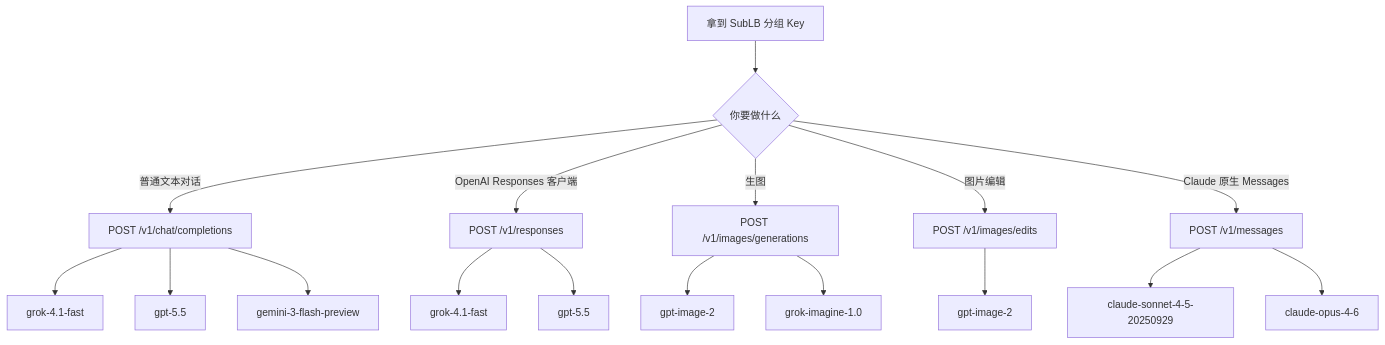
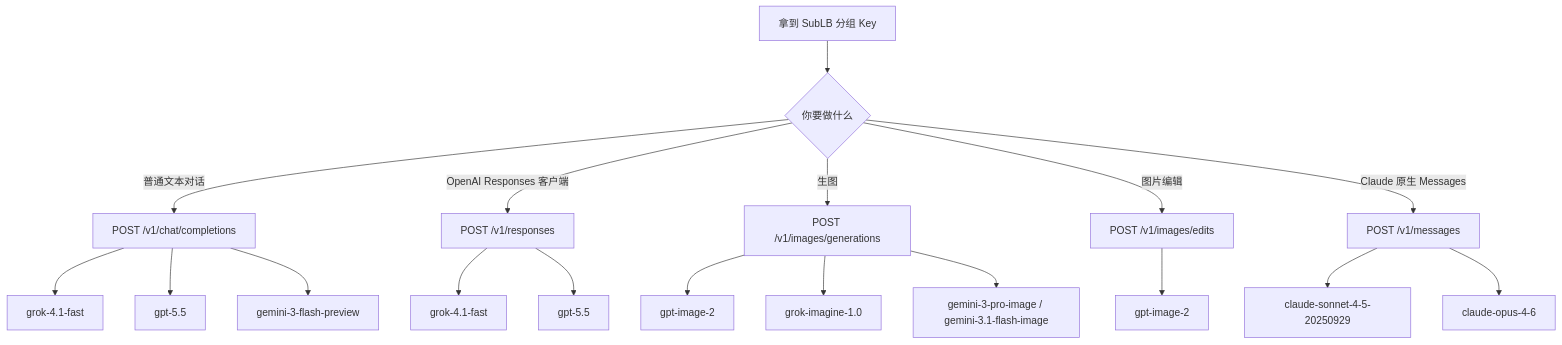
One commit to mason0510/sublb-demo changed the diagram in sublb_grok_openai_gemini_claude_API文档.md. Above: the diagram before and after it, drawn with Mermaid. The commit also changed other lines of this file and 2 other files, not shown here.

Commit message:
docs: add Gemini image API models

````diff
--- a/sublb_grok_openai_gemini_claude_API文档.md
+++ b/sublb_grok_openai_gemini_claude_API文档.md
@@ -19,20 +19,21 @@
 ```mermaid
 flowchart TD
   A[拿到 SubLB 分组 Key] --> B{你要做什么}
   B -->|普通文本对话| C["POST /v1/chat/completions"]
   B -->|OpenAI Responses 客户端| D["POST /v1/responses"]
   B -->|生图| E["POST /v1/images/generations"]
   B -->|图片编辑| F["POST /v1/images/edits"]
   B -->|Claude 原生 Messages| G["POST /v1/messages"]
 
   C --> C1[grok-4.1-fast]
   C --> C2[gpt-5.5]
   C --> C3[gemini-3-flash-preview]
   D --> D1[grok-4.1-fast]
   D --> D2[gpt-5.5]
   E --> E1[gpt-image-2]
   E --> E2[grok-imagine-1.0]
+  E --> E3[gemini-3-pro-image / gemini-3.1-flash-image]
   F --> F1[gpt-image-2]
   G --> G1[claude-sonnet-4-5-20250929]
   G --> G2[claude-opus-4-6]
 ```
````
